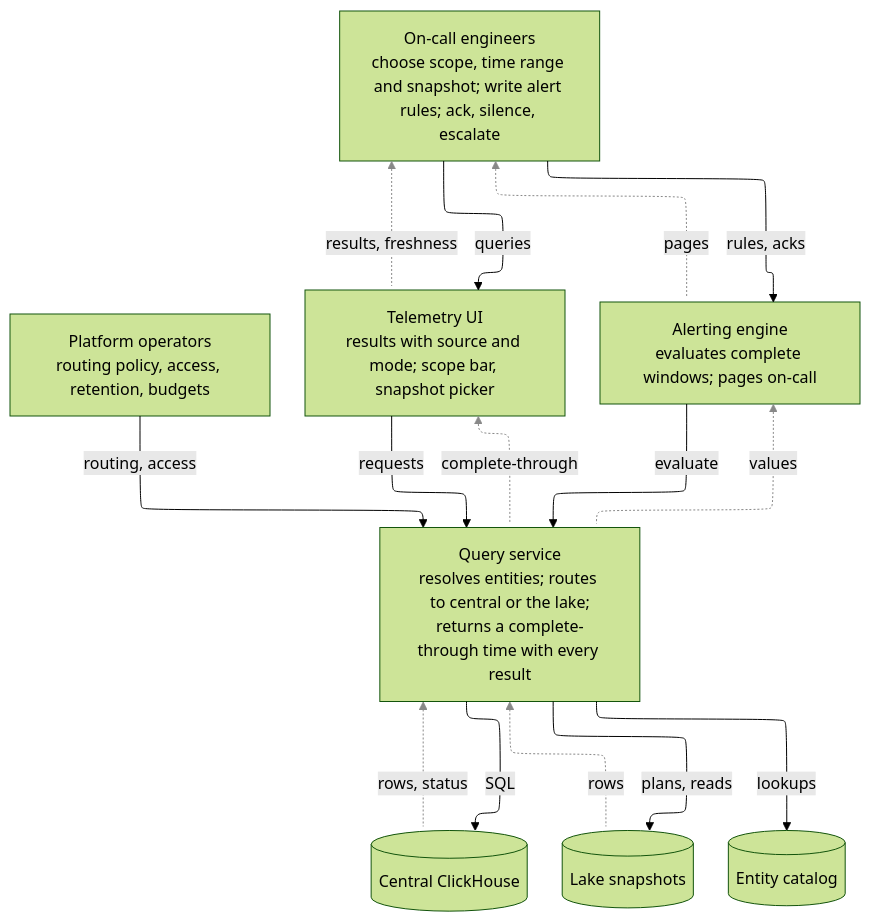
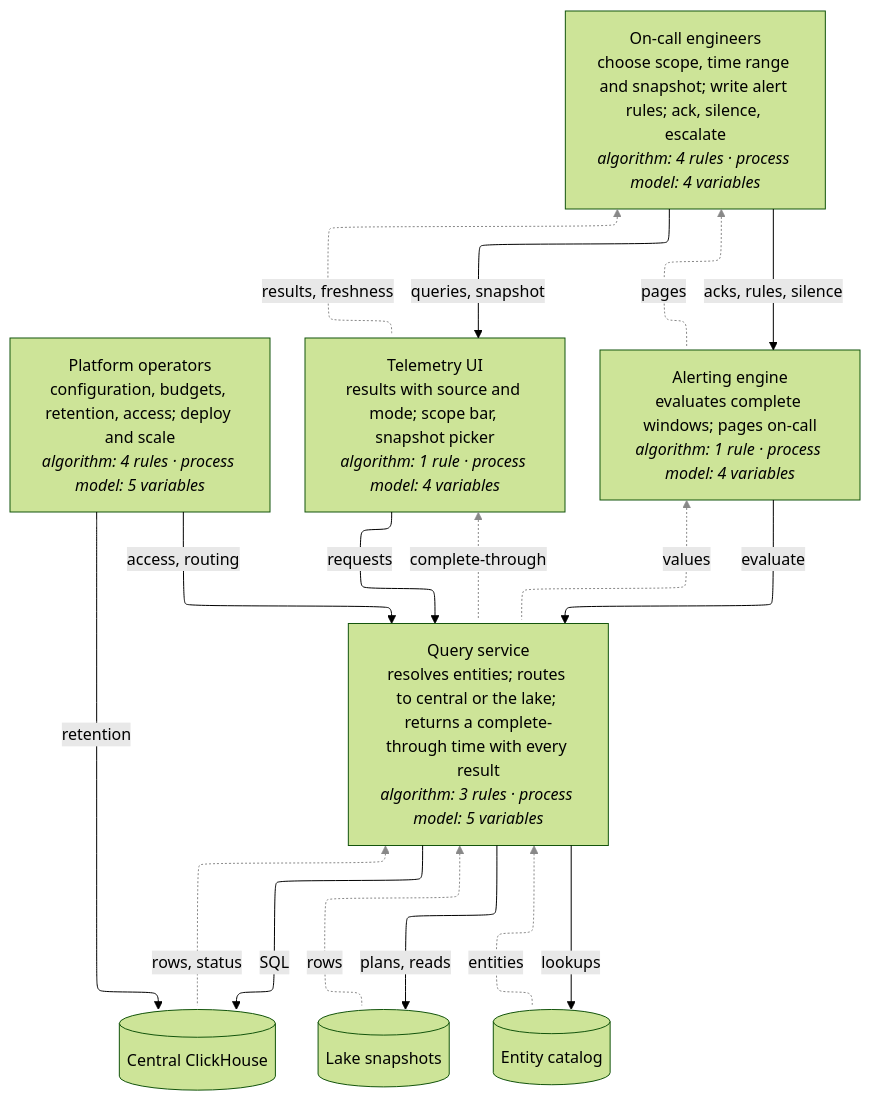
The second of 4 diagrams in otel-chdb/STPA.md (casselc/observability), drawn with Mermaid (forest theme) before and after one commit. The commit also changed other lines of this file and 332 other files, not shown here.

First line of the commit message:
otel-chdb/stpa: full migration to records; the control structure as one document; controller internals

````diff
--- a/otel-chdb/STPA.md
+++ b/otel-chdb/STPA.md
@@ -109,31 +130,34 @@
 ```mermaid
 ---
 config:
   layout: elk
 ---
 flowchart TB
-  oc["On-call engineers<br/>choose scope, time range and snapshot; write alert rules; ack, silence, escalate"]
-  op["Platform operators<br/>routing policy, access, retention, budgets"]
-  ui["Telemetry UI<br/>results with source and mode; scope bar, snapshot picker"]
-  al["Alerting engine<br/>evaluates complete windows; pages on-call"]
-  qs["Query service<br/>resolves entities; routes to central or the lake;<br/>returns a complete-through time with every result"]
-  ch[("Central ClickHouse")]
-  lake[("Lake snapshots")]
-  cat[("Entity catalog")]
-  oc -->|queries| ui
-  oc fb1@<-.->|results, freshness| ui
-  oc -->|rules, acks| al
-  oc fb2@<-.->|pages| al
-  ui -->|requests| qs
-  ui fb3@<-.->|complete-through| qs
-  al -->|evaluate| qs
-  al fb4@<-.->|values| qs
-  op -->|routing, access| qs
-  qs -->|SQL| ch
-  qs fb5@<-.->|rows, status| ch
-  qs -->|plans, reads| lake
-  qs fb6@<-.->|rows| lake
-  qs -->|lookups| cat
+  %% Generated by otel-chdb/stpa/tools from the records (view view-54fc98: control-structure-b). Do not edit.
+  n71fede["Platform operators<br/>configuration, budgets, retention, access; deploy and scale<br/><i>algorithm: 4 rules · process model: 5 variables</i>"]
+  nc6c2a0["On-call engineers<br/>choose scope, time range and snapshot; write alert rules; ack, silence, escalate<br/><i>algorithm: 4 rules · process model: 4 variables</i>"]
+  n0e2f45["Telemetry UI<br/>results with source and mode; scope bar, snapshot picker<br/><i>algorithm: 1 rule · process model: 4 variables</i>"]
+  nec2f3e["Alerting engine<br/>evaluates complete windows; pages on-call<br/><i>algorithm: 1 rule · process model: 4 variables</i>"]
+  n2f943e["Query service<br/>resolves entities; routes to central or the lake; returns a complete-through time with every result<br/><i>algorithm: 3 rules · process model: 5 variables</i>"]
+  ned00c7[("Central ClickHouse")]
+  nb29392[("Lake snapshots")]
+  nce1c77[("Entity catalog")]
+  n71fede -->|access, routing| n2f943e
+  n71fede -->|retention| ned00c7
+  n2f943e -->|SQL| ned00c7
+  n2f943e fb1@<-.->|rows, status| ned00c7
+  n2f943e -->|plans, reads| nb29392
+  n2f943e fb2@<-.->|rows| nb29392
+  n2f943e -->|lookups| nce1c77
+  n2f943e fb3@<-.->|entities| nce1c77
+  nc6c2a0 -->|queries, snapshot| n0e2f45
+  nc6c2a0 fb4@<-.->|results, freshness| n0e2f45
+  nc6c2a0 -->|acks, rules, silence| nec2f3e
+  nc6c2a0 fb5@<-.->|pages| nec2f3e
+  n0e2f45 -->|requests| n2f943e
+  n0e2f45 fb6@<-.->|complete-through| n2f943e
+  nec2f3e -->|evaluate| n2f943e
+  nec2f3e fb7@<-.->|values| n2f943e
   classDef fb stroke:#888,marker-end:none
-  class fb1,fb2,fb3,fb4,fb5,fb6 fb
+  class fb1,fb2,fb3,fb4,fb5,fb6,fb7 fb
 ```
````
